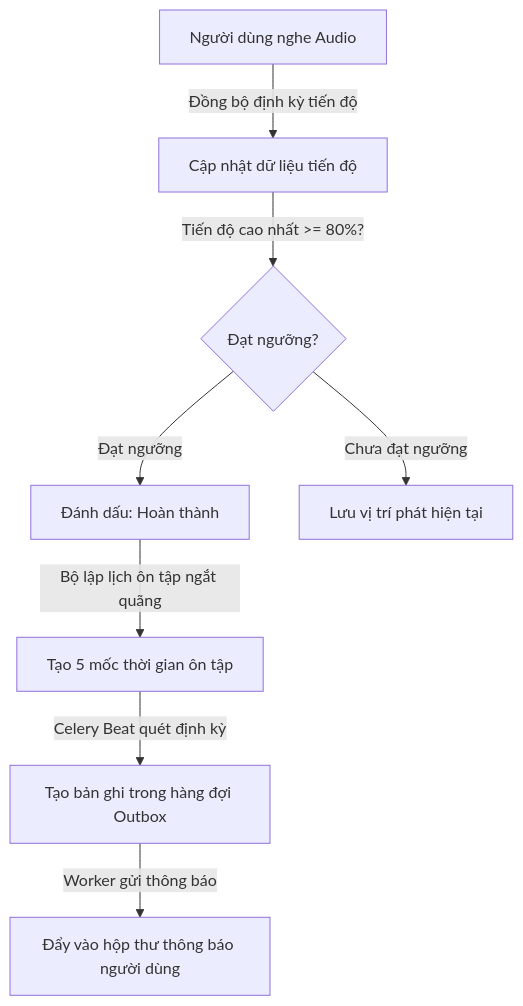
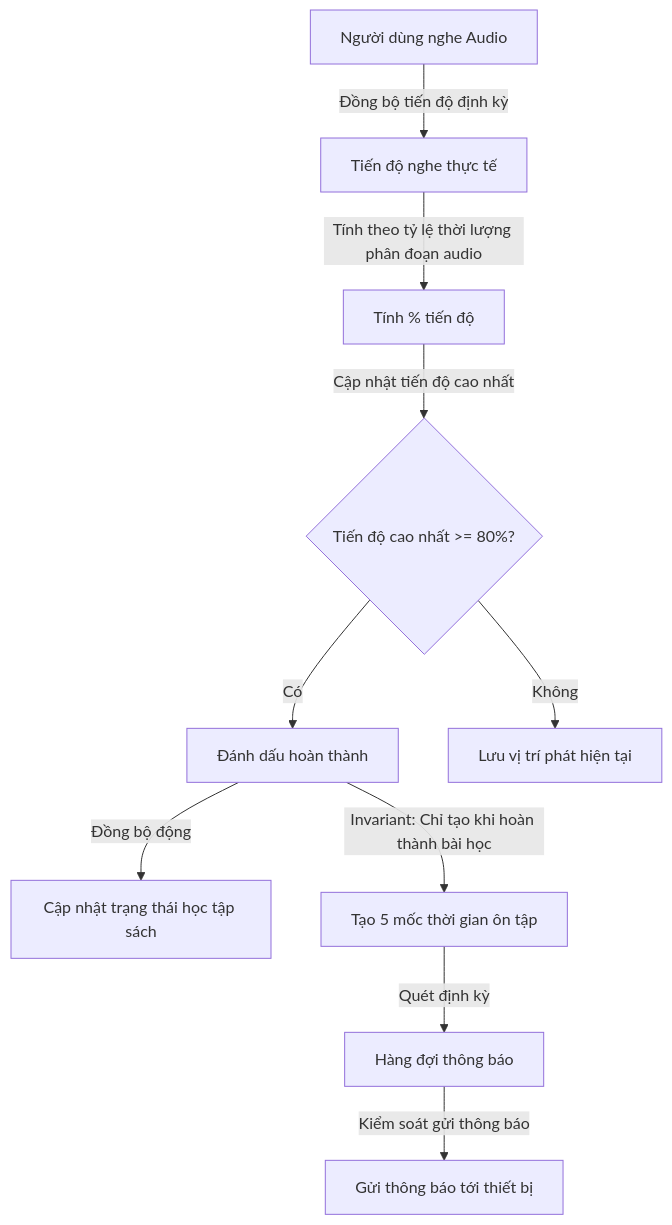
The fourth of 6 diagrams in _docs_capstone/outline_4c.md (KhoaSinno/triam-backend), drawn with Mermaid before and after one commit. The commit also changed other lines of this file and 1 other file, not shown here.

````diff
--- a/_docs_capstone/outline_4c.md
+++ b/_docs_capstone/outline_4c.md
@@ -137,10 +216,16 @@
 ```mermaid
 flowchart TD
-    Listen[Người dùng nghe Audio] -->|Đồng bộ định kỳ tiến độ| Progress[Cập nhật dữ liệu tiến độ]
-    Progress -->|Tiến độ cao nhất >= 80%?| Decision{Đạt ngưỡng?}
-    Decision -->|Đạt ngưỡng| Complete[Đánh dấu: Hoàn thành]
-    Decision -->|Chưa đạt ngưỡng| Save[Lưu vị trí phát hiện tại]
-    Complete -->|Bộ lập lịch ôn tập ngắt quãng| SpacedReview[Tạo 5 mốc thời gian ôn tập]
-    SpacedReview -->|Celery Beat quét định kỳ| Outbox[Tạo bản ghi trong hàng đợi Outbox]
-    Outbox -->|Worker gửi thông báo| Notifications[Đẩy vào hộp thư thông báo người dùng]
+    Listen[Người dùng nghe Audio] -->|Đồng bộ tiến độ định kỳ| LUP[Tiến độ nghe thực tế]
+
+    LUP -->|Tính theo tỷ lệ thời lượng phân đoạn audio| Calc[Tính % tiến độ]
+    Calc -->|Cập nhật tiến độ cao nhất| MaxCheck{Tiến độ cao nhất >= 80%?}
+
+    MaxCheck -->|Có| Complete[Đánh dấu hoàn thành]
+    MaxCheck -->|Không| Save[Lưu vị trí phát hiện tại]
+
+    Complete -->|Đồng bộ động| BLS[Cập nhật trạng thái học tập sách]
+    Complete -->|Invariant: Chỉ tạo khi hoàn thành bài học| SpacedReview[Tạo 5 mốc thời gian ôn tập]
+
+    SpacedReview -->|Quét định kỳ| Outbox[Hàng đợi thông báo]
+    Outbox -->|Kiểm soát gửi thông báo| FCM[Gửi thông báo tới thiết bị]
 ```
````
